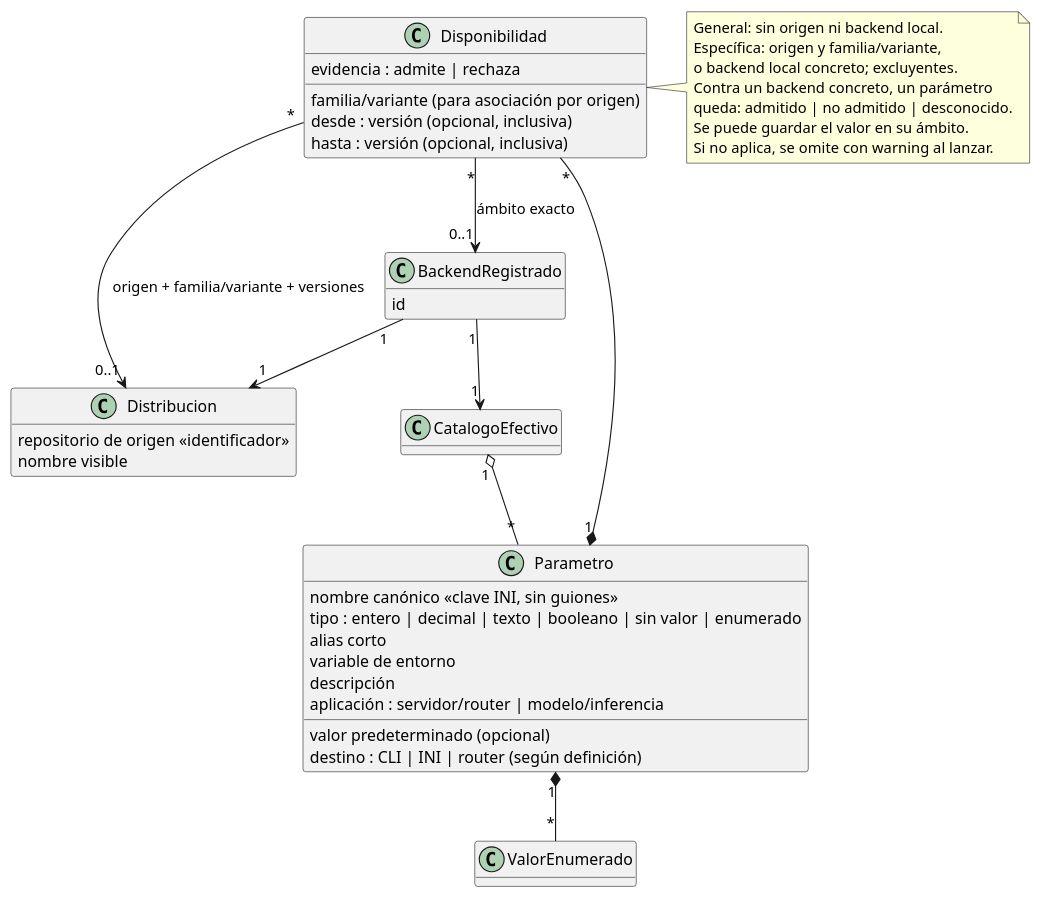
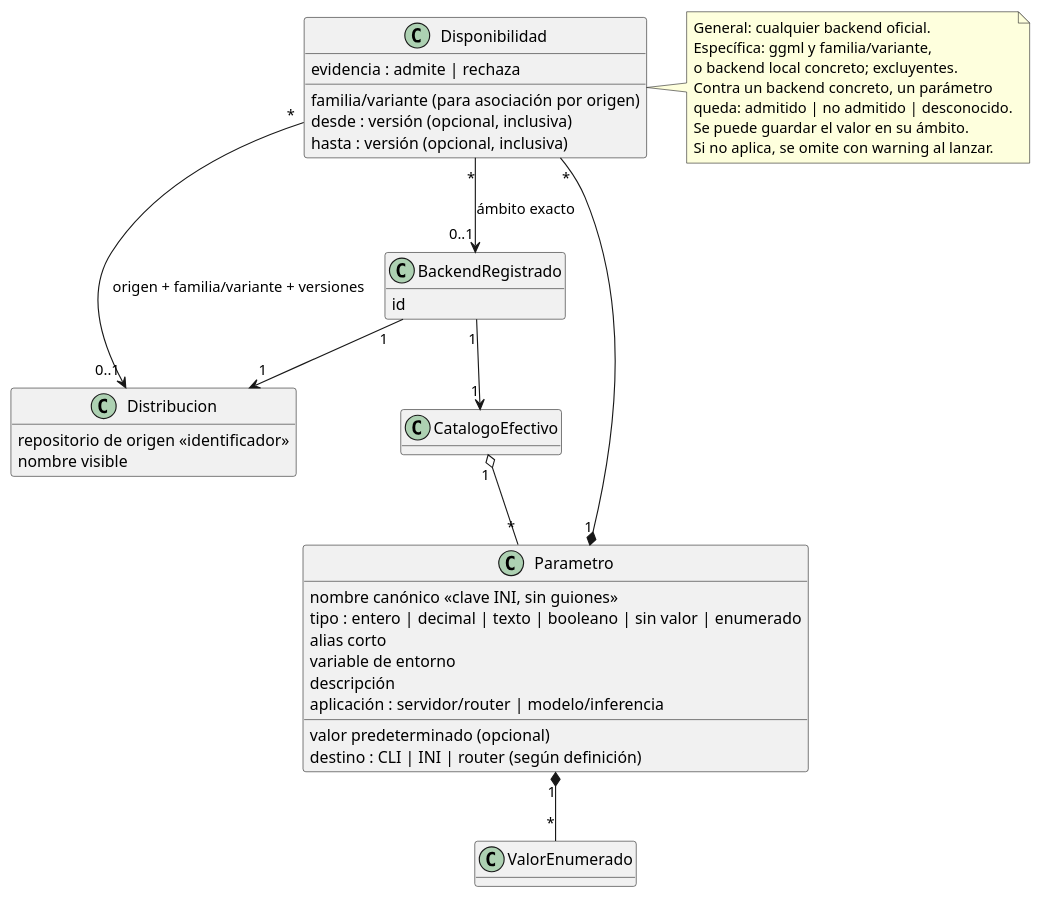
One commit to mstranich/coquena changed the first of 2 diagrams in docs/catalogo-de-parametros.md. Above: the diagram before and after it, drawn with PlantUML. The commit also changed other lines of this file and 20 other files, not shown here.

````diff
--- a/docs/catalogo-de-parametros.md
+++ b/docs/catalogo-de-parametros.md
@@ -224,49 +226,49 @@
 ```plantuml
 @startuml
 hide empty methods
 
 class Parametro {
   nombre canónico <<clave INI, sin guiones>>
   tipo : entero | decimal | texto | booleano | sin valor | enumerado
   valor predeterminado (opcional)
   alias corto
   variable de entorno
   descripción
   destino : CLI | INI | router (según definición)
   aplicación : servidor/router | modelo/inferencia
 }
 class Disponibilidad {
   evidencia : admite | rechaza
   familia/variante (para asociación por origen)
   desde : versión (opcional, inclusiva)
   hasta : versión (opcional, inclusiva)
 }
 class Distribucion {
   repositorio de origen <<identificador>>
   nombre visible
 }
 class BackendRegistrado {
   id
 }
 class ValorEnumerado
 
 Parametro "1" *-- "*" Disponibilidad
 Disponibilidad "*" --> "0..1" Distribucion : origen + familia/variante + versiones
 Disponibilidad "*" --> "0..1" BackendRegistrado : ámbito exacto
 BackendRegistrado "1" --> "1" Distribucion
 BackendRegistrado "1" --> "1" CatalogoEfectivo
 class CatalogoEfectivo
 CatalogoEfectivo "1" o-- "*" Parametro
 Parametro "1" *-- "*" ValorEnumerado
 
 note right of Disponibilidad
-  General: sin origen ni backend local.
-  Específica: origen y familia/variante,
+  General: cualquier backend oficial.
+  Específica: ggml y familia/variante,
   o backend local concreto; excluyentes.
   Contra un backend concreto, un parámetro
   queda: admitido | no admitido | desconocido.
   Se puede guardar el valor en su ámbito.
   Si no aplica, se omite con warning al lanzar.
 end note
 @enduml
 ```
````
